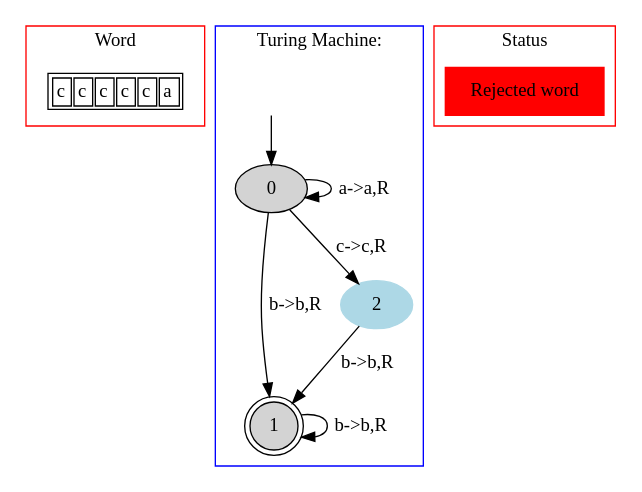
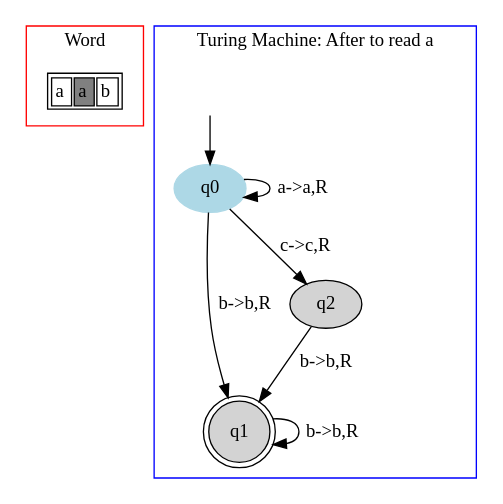
One commit to danielScLima/turing_machine changed the diagram in TM/images/file3.dot. Above: the diagram before and after it, drawn with Graphviz. The commit also changed 13 other files, not shown here.

```diff
--- a/TM/images/file3.dot
+++ b/TM/images/file3.dot
@@ -1,39 +1,30 @@
 digraph G {
 	subgraph cluster_0 {
 		node [shape=plaintext];
 
 struct1 [label=<<TABLE>
 <TR>
-<TD><FONT>c</FONT></TD>
-<TD><FONT>c</FONT></TD>
-<TD><FONT>c</FONT></TD>
-<TD><FONT>c</FONT></TD>
-<TD><FONT>c</FONT></TD>
 <TD><FONT>a</FONT></TD>
+<TD BGCOLOR="gray"><FONT>a</FONT></TD>
+<TD><FONT>b</FONT></TD>
 </TR>
 </TABLE>>];
 label = "Word";
 color=red;
 }
 	subgraph cluster_1 {
 		node [style=filled];
-		label = "Turing Machine: "
+		label = "Turing Machine: After to read a"
 		color=blue;
 
-		0;
-		1 [shape="doublecircle"];
-		2 [color="lightblue"];
-		0->0[label="a->a,R"];
-		0->1[label="b->b,R"];
-		0->2[label="c->c,R"];
-		1->1[label="b->b,R"];
-		2->1[label="b->b,R"];
-x [color=white, label=""];		x->0	}
+		q0 [color="lightblue"];
+		q1 [shape="doublecircle"];
+		q2;
+		q0->q0[label="a->a,R"];
+		q0->q1[label="b->b,R"];
+		q0->q2[label="c->c,R"];
+		q1->q1[label="b->b,R"];
+		q2->q1[label="b->b,R"];
+x [color=white, label=""];		x->q0	}
 
-subgraph cluster_0s {
-node [style=filled, shape=rect];
-cluster_0_n [label="Rejected word", color="red"];
-label = "Status";
-color=red;
 }
-}
```
